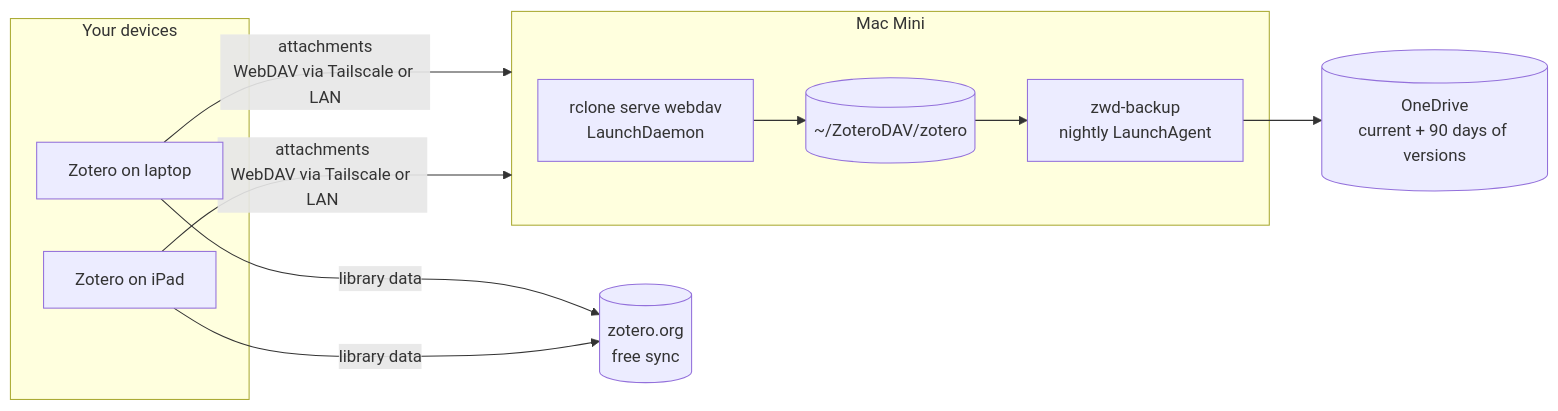
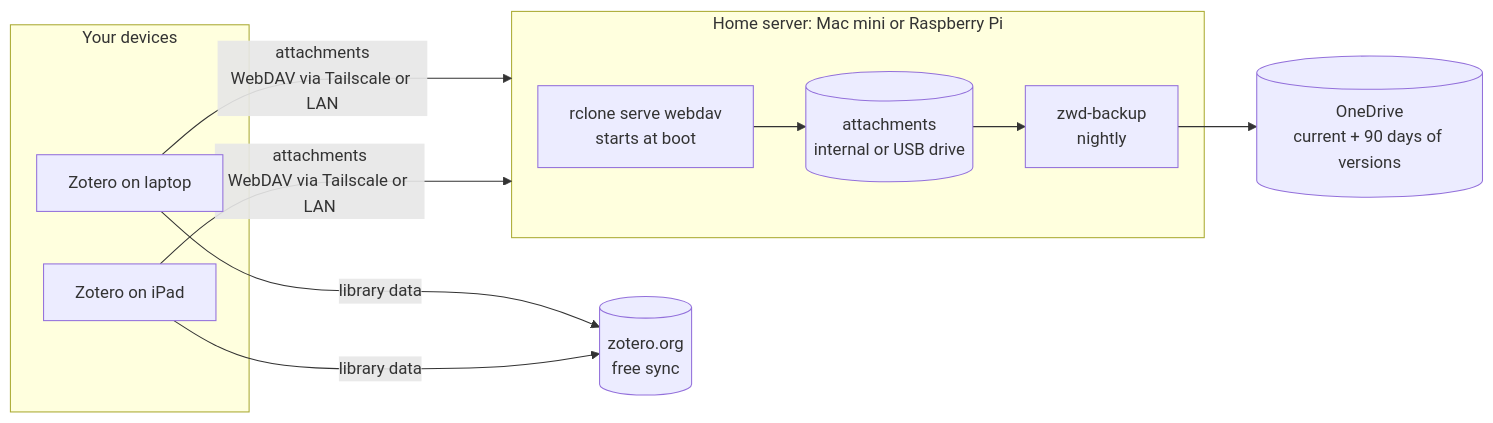
Before and after one commit to stevehaigh/zotero-webdav-macmini: the diagram in README.md, drawn with Mermaid. The commit also changed other lines of this file and 21 other files, not shown here.

First line of the commit message:
Add Raspberry Pi / Linux support and Pi 4 Home Assistant guide

````diff
--- a/README.md
+++ b/README.md
@@ -7,14 +7,14 @@
 ```mermaid
 flowchart LR
   subgraph clients[Your devices]
     L[Zotero on laptop]
     I[Zotero on iPad]
   end
   L & I -- "library data" --> Z[(zotero.org<br/>free sync)]
-  L & I -- "attachments<br/>WebDAV via Tailscale or LAN" --> M
-  subgraph M[Mac Mini]
-    R[rclone serve webdav<br/>LaunchDaemon] --> D[(~/ZoteroDAV/zotero)]
-    B[zwd-backup<br/>nightly LaunchAgent]
+  L & I -- "attachments<br/>WebDAV via Tailscale or LAN" --> S
+  subgraph S[Home server: Mac mini or Raspberry Pi]
+    R[rclone serve webdav<br/>starts at boot] --> D[(attachments<br/>internal or USB drive)]
+    B[zwd-backup<br/>nightly]
   end
   D --> B --> O[(OneDrive<br/>current + 90 days of versions)]
 ```
````
